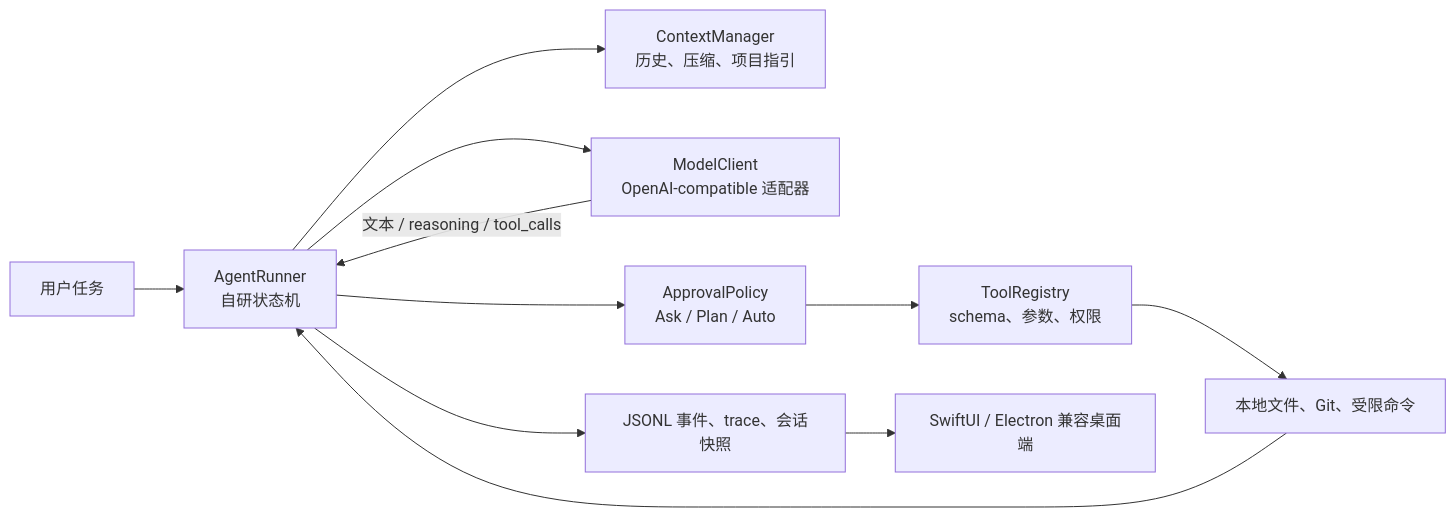
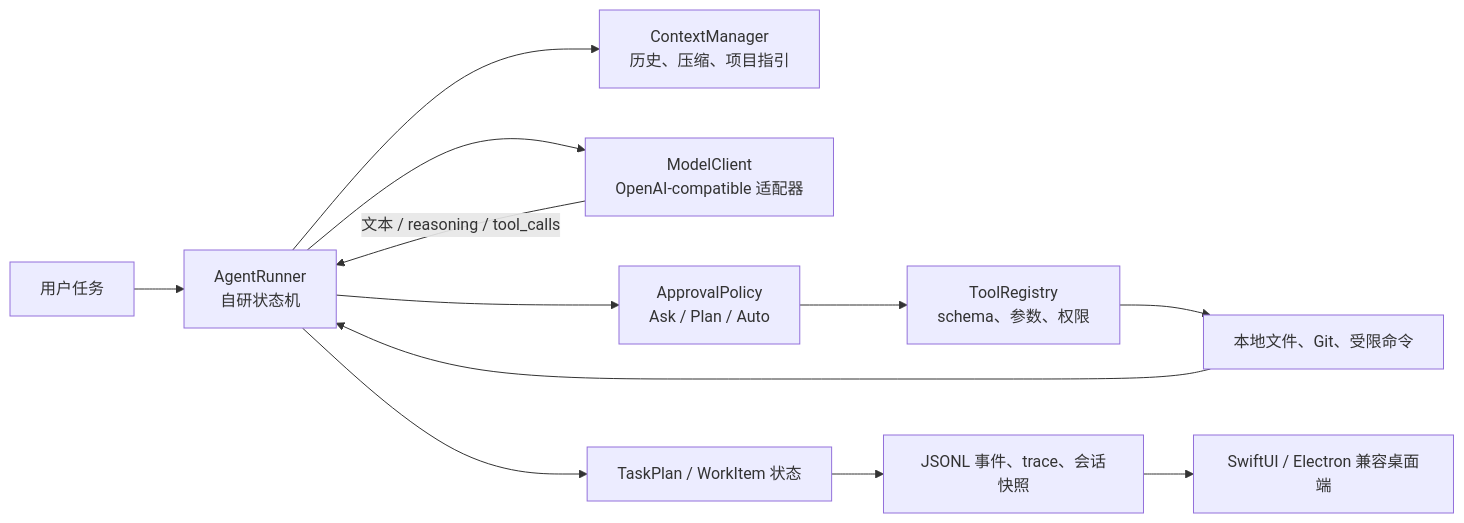
The diagram in README.md (WANGLEVY9/SEECODER_Version_WANGLEVY9), drawn with Mermaid before and after one commit. The commit also changed other lines of this file and 10 other files, not shown here.

````diff
--- a/README.md
+++ b/README.md
@@ -61,13 +61,14 @@
 ```mermaid
 flowchart LR
     U[用户任务] --> R[AgentRunner\n自研状态机]
     R --> C[ContextManager\n历史、压缩、项目指引]
     R --> M[ModelClient\nOpenAI-compatible 适配器]
     M -->|文本 / reasoning / tool_calls| R
     R --> A[ApprovalPolicy\nAsk / Plan / Auto]
     A --> T[ToolRegistry\nschema、参数、权限]
     T --> L[本地文件、Git、受限命令]
     L --> R
-    R --> E[JSONL 事件、trace、会话快照]
+    R --> P[TaskPlan / WorkItem 状态]
+    P --> E[JSONL 事件、trace、会话快照]
     E --> D[SwiftUI / Electron 兼容桌面端]
 ```
````
